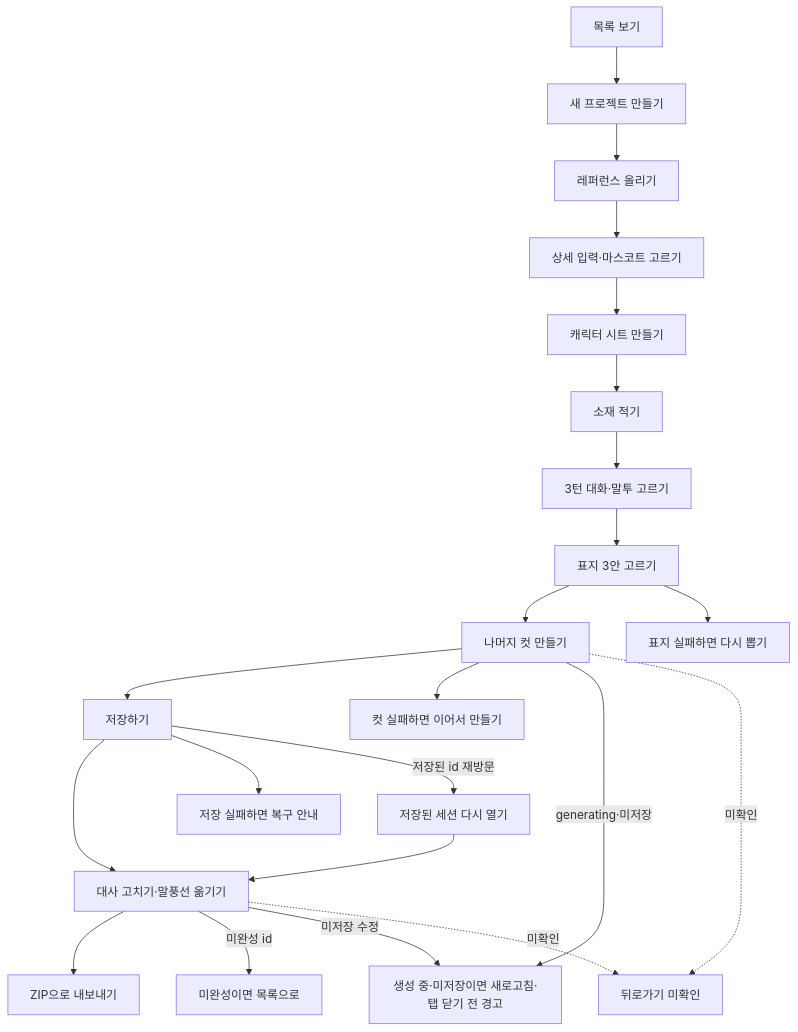
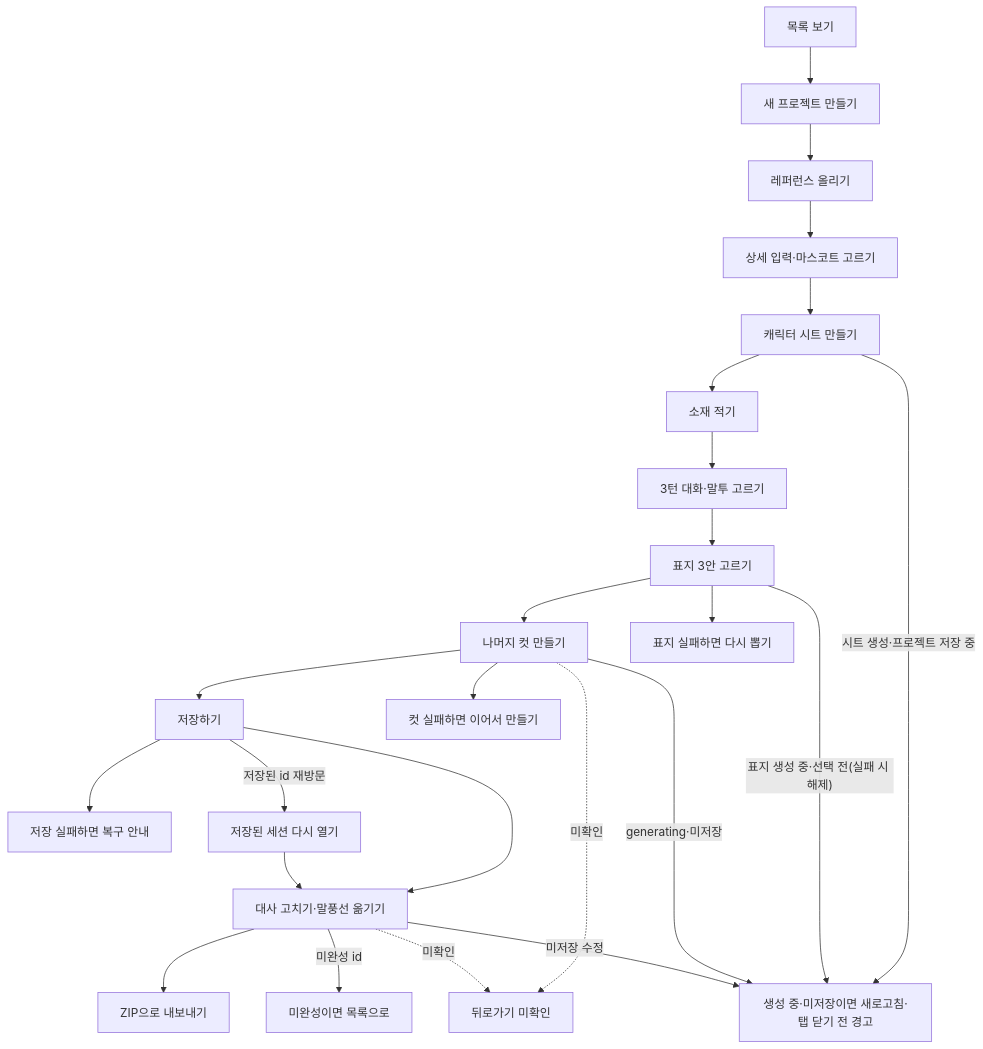
One commit to chictimin/cuttoon-copilot changed the first of 3 diagrams in docs/flows.md. Above: the diagram before and after it, drawn with Mermaid.

Commit message:
docs(flows): B6 경고에 표지 단계·온보딩 시트 구간 연결 (#323 상주 검토 조건)

````diff
--- a/docs/flows.md
+++ b/docs/flows.md
@@ -11,33 +11,35 @@
 ```mermaid
 flowchart TD
   F1["목록 보기"]
   F2["새 프로젝트 만들기"]
   F3["레퍼런스 올리기"]
   F4["상세 입력·마스코트 고르기"]
   F5["캐릭터 시트 만들기"]
   F6["소재 적기"]
   F7["3턴 대화·말투 고르기"]
   F8["표지 3안 고르기"]
   F9["나머지 컷 만들기"]
   F10["저장하기"]
   F11["대사 고치기·말풍선 옮기기"]
   F12["ZIP으로 내보내기"]
   B1["표지 실패하면 다시 뽑기"]
   B2["컷 실패하면 이어서 만들기"]
   B3["저장 실패하면 복구 안내"]
   B4["저장된 세션 다시 열기"]
   B5["미완성이면 목록으로"]
   B6["생성 중·미저장이면 새로고침·탭 닫기 전 경고"]
   B7["뒤로가기 미확인"]
 
   F1 --> F2 --> F3 --> F4 --> F5 --> F6 --> F7 --> F8 --> F9 --> F10 --> F11 --> F12
   F8 --> B1
   F9 --> B2
   F10 --> B3
   F10 -- "저장된 id 재방문" --> B4 --> F11
   F11 -- "미완성 id" --> B5
+  F5 -- "시트 생성·프로젝트 저장 중" --> B6
+  F8 -- "표지 생성 중·선택 전(실패 시 해제)" --> B6
   F9 -- "generating·미저장" --> B6
   F11 -- "미저장 수정" --> B6
   F9 -. "미확인" .-> B7
   F11 -. "미확인" .-> B7
 ```
````
